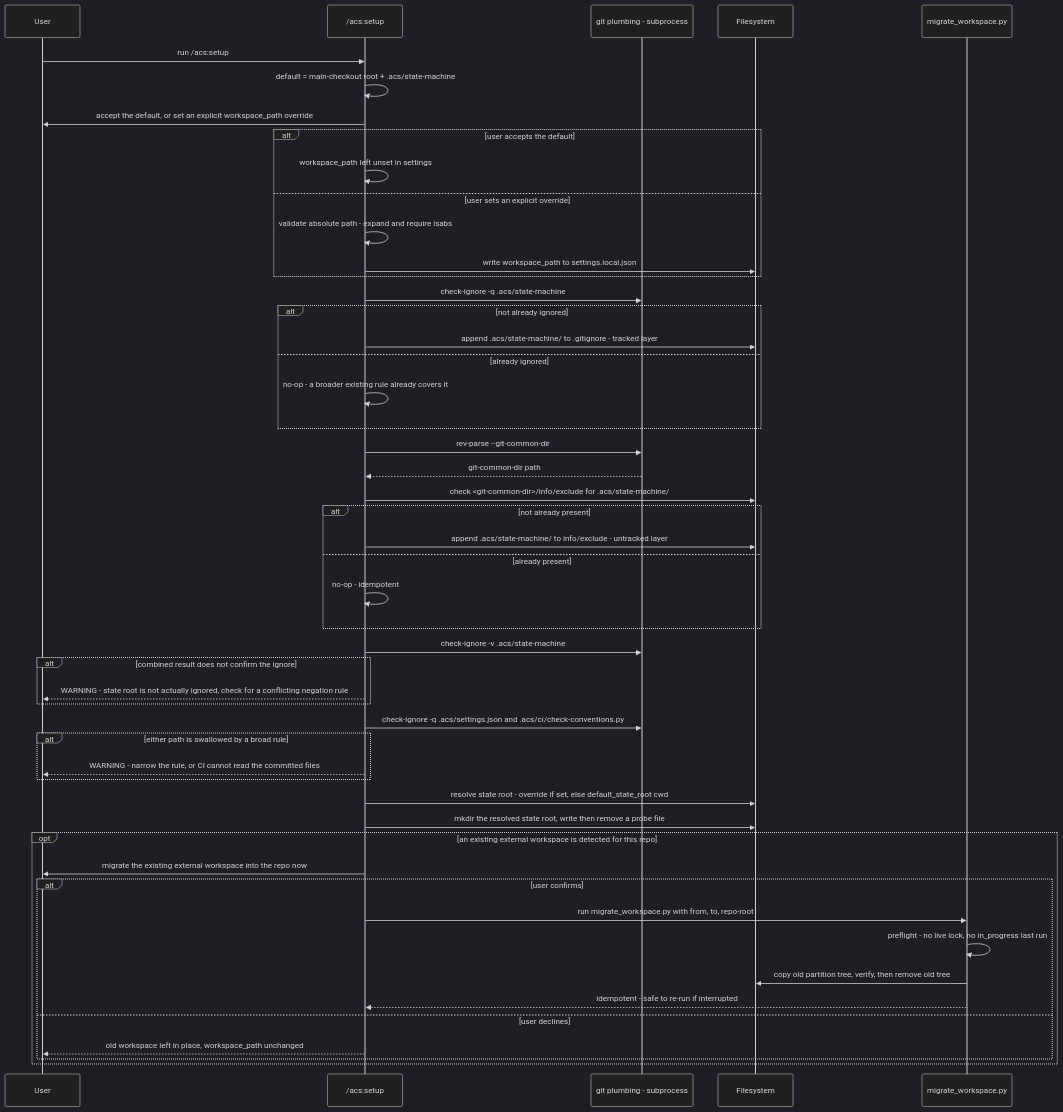
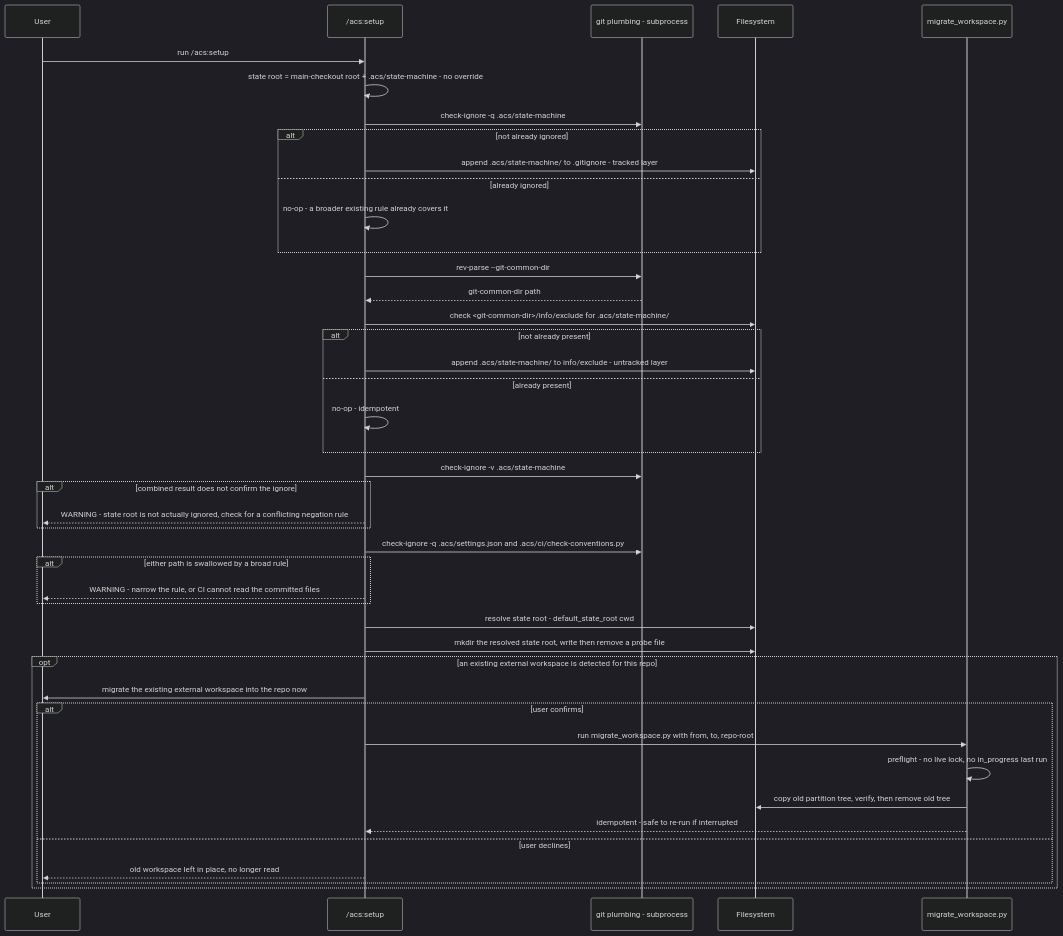
Before and after one commit to globalmindsolution/gms-marketplace: the diagram in docs/architecture/lld/flows/setup-state-root-setup.md, drawn with Mermaid (dark theme). The commit also changed other lines of this file and 150 other files, not shown here.

````diff
--- a/docs/architecture/lld/flows/setup-state-root-setup.md
+++ b/docs/architecture/lld/flows/setup-state-root-setup.md
@@ -15,53 +16,46 @@
 ```mermaid
 sequenceDiagram
     participant User
     participant Init as /acs:setup
     participant Git as git plumbing - subprocess
     participant FS as Filesystem
     participant Mig as migrate_workspace.py
 
     User->>Init: run /acs:setup
-    Init->>Init: default = main-checkout root + .acs/state-machine
-    Init->>User: accept the default, or set an explicit workspace_path override
-    alt user accepts the default
-        Init->>Init: workspace_path left unset in settings
-    else user sets an explicit override
-        Init->>Init: validate absolute path - expand and require isabs
-        Init->>FS: write workspace_path to settings.local.json
-    end
+    Init->>Init: state root = main-checkout root + .acs/state-machine - no override
     Init->>Git: check-ignore -q .acs/state-machine
     alt not already ignored
         Init->>FS: append .acs/state-machine/ to .gitignore - tracked layer
     else already ignored
         Init->>Init: no-op - a broader existing rule already covers it
     end
     Init->>Git: rev-parse --git-common-dir
     Git-->>Init: git-common-dir path
     Init->>FS: check <git-common-dir>/info/exclude for .acs/state-machine/
     alt not already present
         Init->>FS: append .acs/state-machine/ to info/exclude - untracked layer
     else already present
         Init->>Init: no-op - idempotent
     end
     Init->>Git: check-ignore -v .acs/state-machine
     alt combined result does not confirm the ignore
         Init-->>User: WARNING - state root is not actually ignored, check for a conflicting negation rule
     end
     Init->>Git: check-ignore -q .acs/settings.json and .acs/ci/check-conventions.py
     alt either path is swallowed by a broad rule
         Init-->>User: WARNING - narrow the rule, or CI cannot read the committed files
     end
-    Init->>FS: resolve state root - override if set, else default_state_root cwd
+    Init->>FS: resolve state root - default_state_root cwd
     Init->>FS: mkdir the resolved state root, write then remove a probe file
     opt an existing external workspace is detected for this repo
         Init->>User: migrate the existing external workspace into the repo now
         alt user confirms
             Init->>Mig: run migrate_workspace.py with from, to, repo-root
             Mig->>Mig: preflight - no live lock, no in_progress last run
             Mig->>FS: copy old partition tree, verify, then remove old tree
             Mig-->>Init: idempotent - safe to re-run if interrupted
         else user declines
-            Init-->>User: old workspace left in place, workspace_path unchanged
+            Init-->>User: old workspace left in place, no longer read
         end
     end
 ```
````
